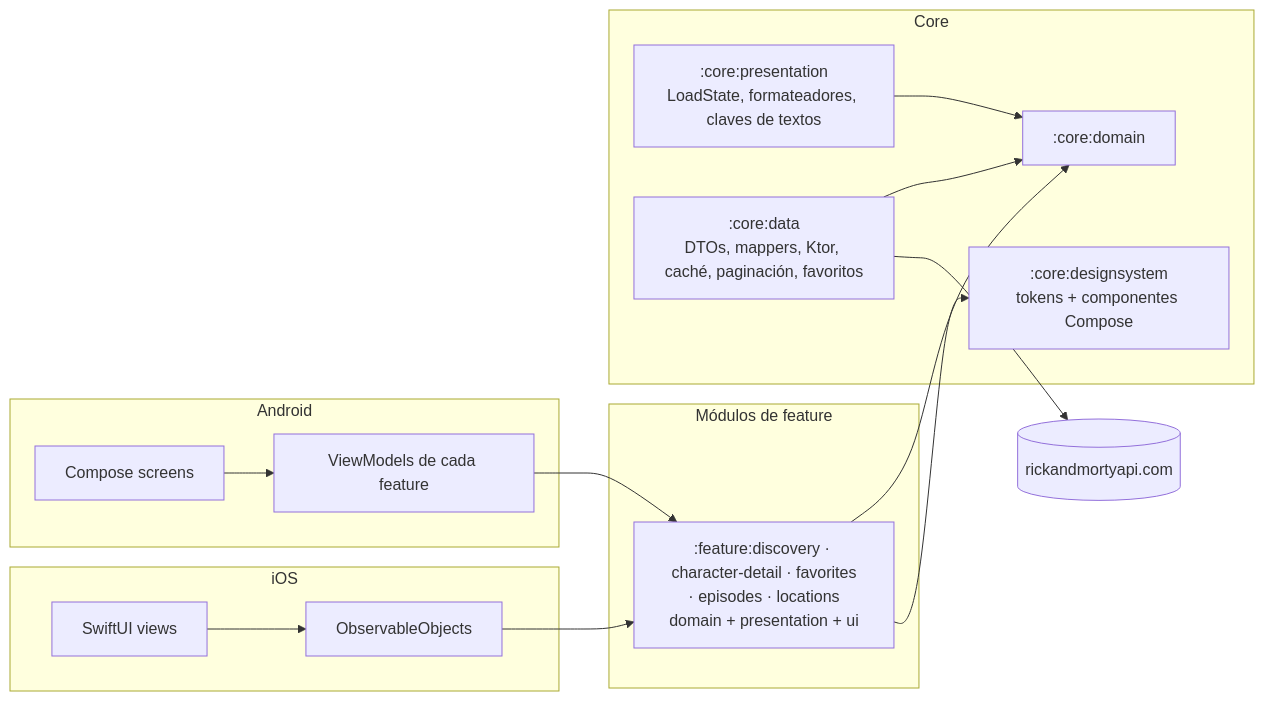
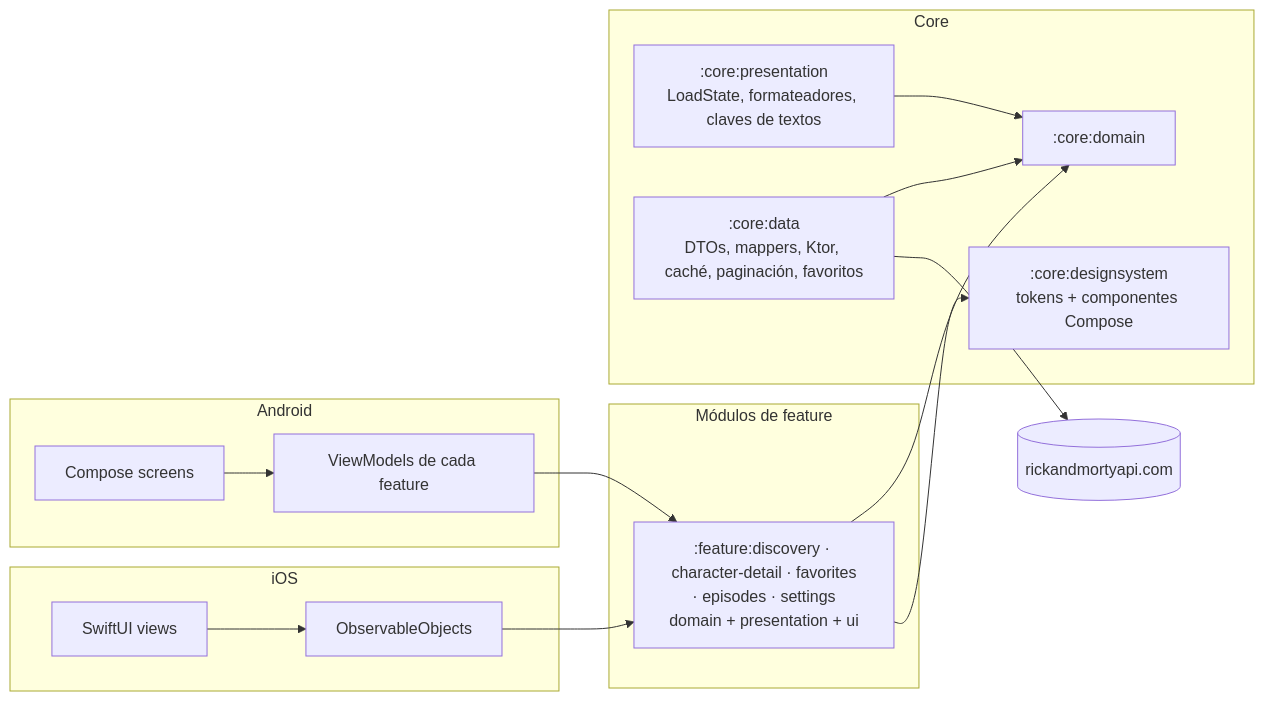
The diagram in README.es.md (davidru85/RickAndMorty), drawn with Mermaid before and after one commit. The commit also changed other lines of this file and 23 other files, not shown here.

First line of the commit message:
docs: replace Locations with Settings and ship runtime REST/GraphQL selection

````diff
--- a/README.es.md
+++ b/README.es.md
@@ -83,25 +86,25 @@
 ```mermaid
 flowchart LR
     subgraph Android
         AC["Compose screens"] --> AVM["ViewModels de cada feature"]
     end
     subgraph iOS
         IV["SwiftUI views"] --> IO["ObservableObjects"]
     end
     AVM --> FEAT
     IO --> FEAT
     subgraph "Módulos de feature"
-        FEAT[":feature:discovery · character-detail · favorites<br/>· episodes · locations<br/>domain + presentation + ui"]
+        FEAT[":feature:discovery · character-detail · favorites<br/>· episodes · settings<br/>domain + presentation + ui"]
     end
     FEAT --> CORE
     subgraph Core
         CORE[":core:domain"] 
         CP[":core:presentation<br/>LoadState, formateadores, claves de textos"]
         CDA[":core:data<br/>DTOs, mappers, Ktor, caché, paginación, favoritos"]
         CDS[":core:designsystem<br/>tokens + componentes Compose"]
     end
     CDA --> CORE
     CP --> CORE
     FEAT --> CDS
     CDA --> API[("rickandmortyapi.com")]
 ```
````
